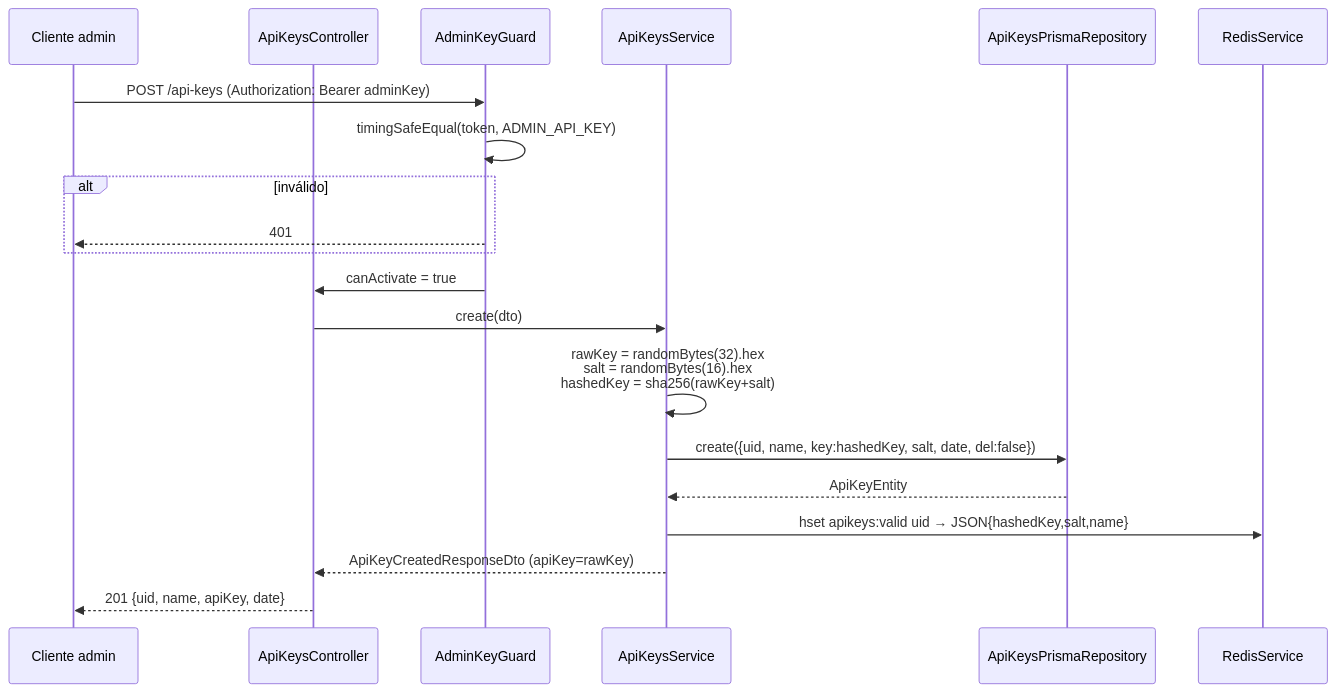
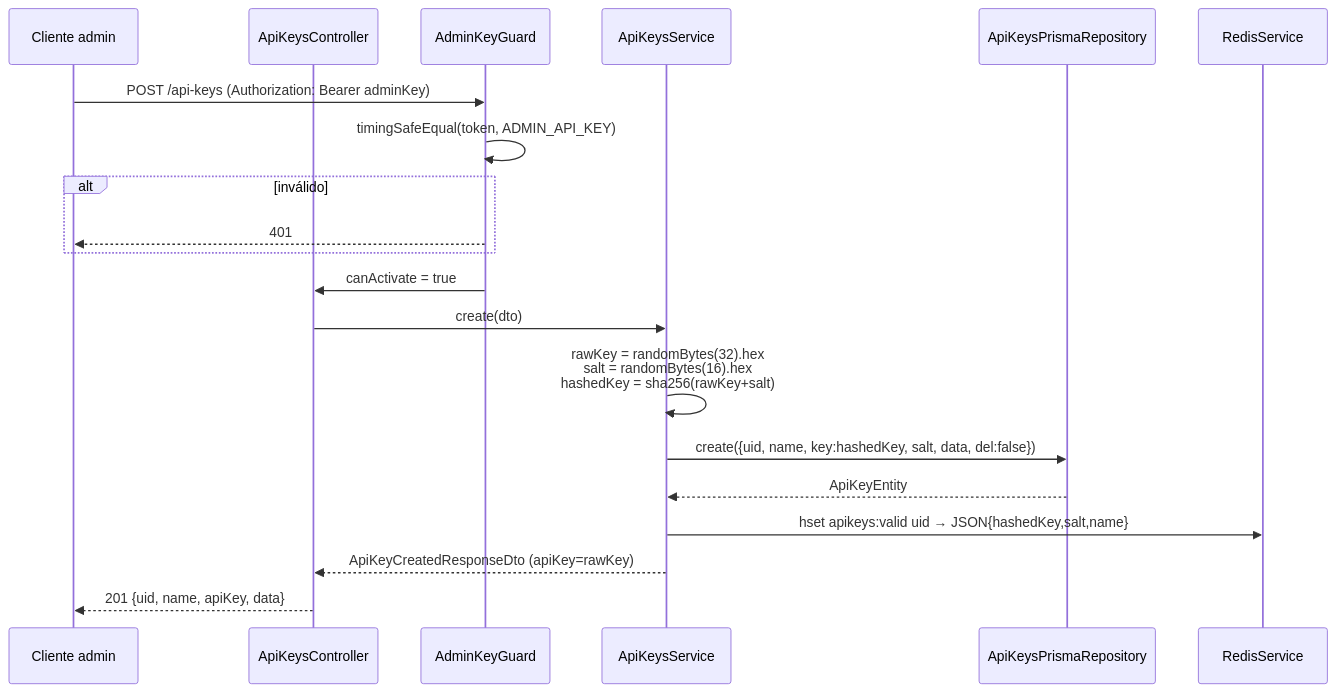
The second of 5 diagrams in docs/implementation/2026-06-03-api-keys-foundation.md (adaptwebtech/whiz-gateway), drawn with Mermaid before and after one commit. The commit also changed other lines of this file and 27 other files, not shown here.

````diff
--- a/docs/implementation/2026-06-03-api-keys-foundation.md
+++ b/docs/implementation/2026-06-03-api-keys-foundation.md
@@ -159,23 +159,23 @@
 ```mermaid
 sequenceDiagram
     participant C as Cliente admin
     participant Ctrl as ApiKeysController
     participant G as AdminKeyGuard
     participant S as ApiKeysService
     participant Repo as ApiKeysPrismaRepository
     participant R as RedisService
 
     C->>G: POST /api-keys (Authorization: Bearer adminKey)
     G->>G: timingSafeEqual(token, ADMIN_API_KEY)
     alt inválido
         G-->>C: 401
     end
     G->>Ctrl: canActivate = true
     Ctrl->>S: create(dto)
     S->>S: rawKey = randomBytes(32).hex<br/>salt = randomBytes(16).hex<br/>hashedKey = sha256(rawKey+salt)
-    S->>Repo: create({uid, name, key:hashedKey, salt, date, del:false})
+    S->>Repo: create({uid, name, key:hashedKey, salt, data, del:false})
     Repo-->>S: ApiKeyEntity
     S->>R: hset apikeys:valid uid → JSON{hashedKey,salt,name}
     S-->>Ctrl: ApiKeyCreatedResponseDto (apiKey=rawKey)
-    Ctrl-->>C: 201 {uid, name, apiKey, date}
+    Ctrl-->>C: 201 {uid, name, apiKey, data}
 ```
````
